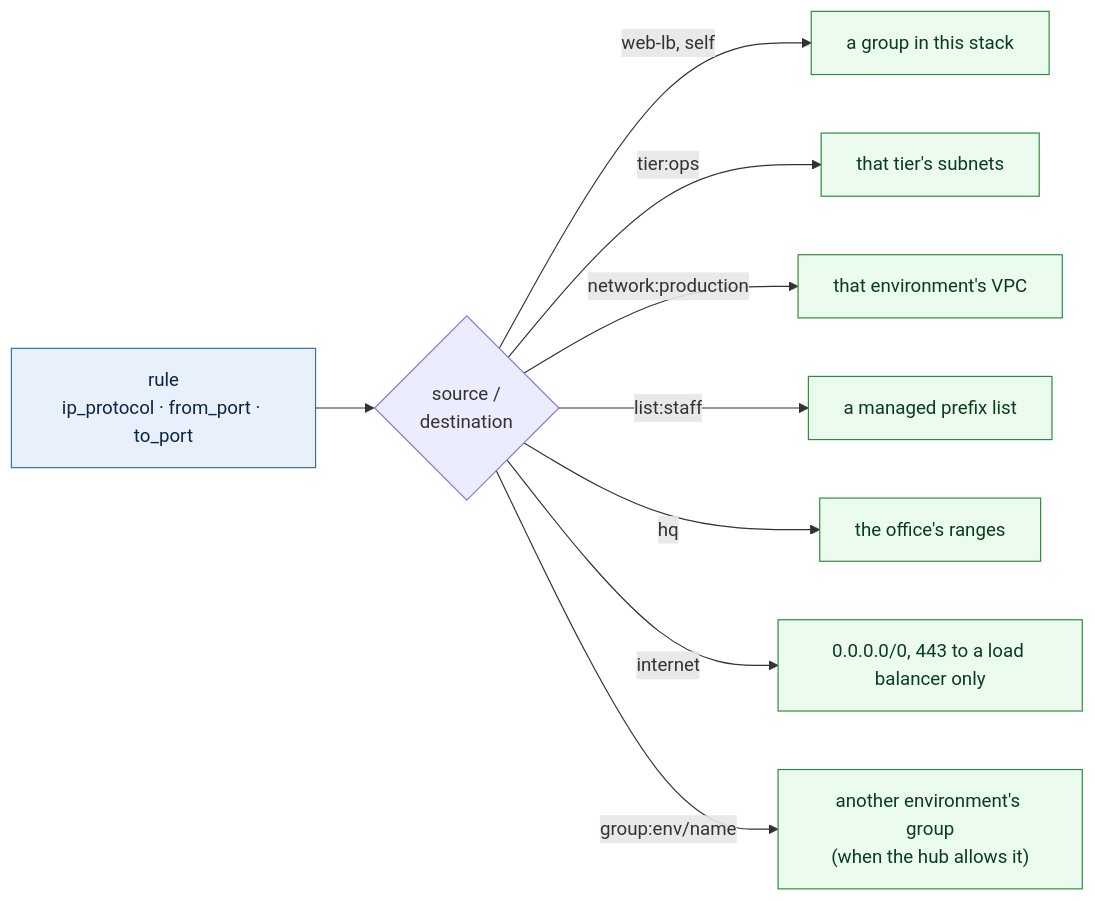
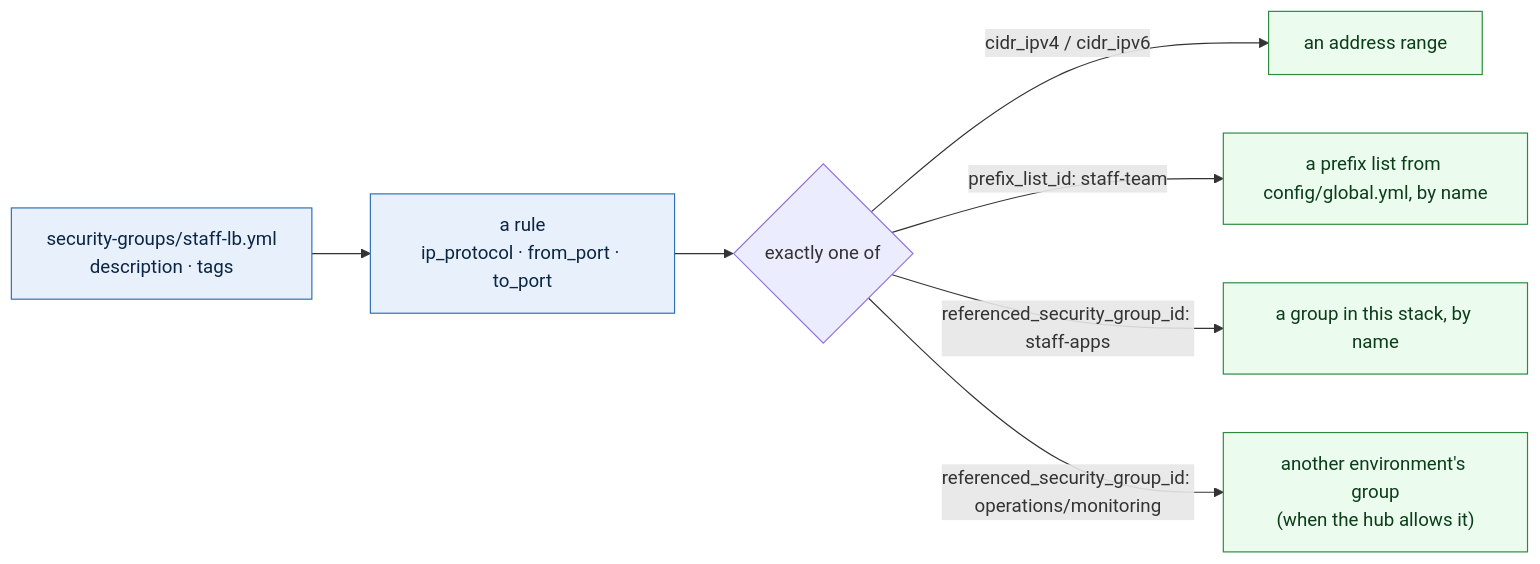
The diagram in docs/security-groups.md (justin-samuel12/terraform-aws-scaffold), drawn with Mermaid before and after one commit. The commit also changed other lines of this file and 978 other files, not shown here.

````diff
--- a/docs/security-groups.md
+++ b/docs/security-groups.md
@@ -7,17 +12,15 @@
 ```mermaid
 flowchart LR
-  rule["rule<br/>ip_protocol · from_port · to_port"]
-  rule --> src{"source /<br/>destination"}
-  src -->|"web-lb, self"| grp["a group in this stack"]
-  src -->|"tier:ops"| tier["that tier's subnets"]
-  src -->|"network:production"| net["that environment's VPC"]
-  src -->|"list:staff"| pl["a managed prefix list"]
-  src -->|"hq"| hq["the office's ranges"]
-  src -->|"internet"| inet["0.0.0.0/0, 443 to a load balancer only"]
-  src -->|"group:env/name"| remote["another environment's group<br/>(when the hub allows it)"]
+  file["security-groups/staff-lb.yml<br/>description · tags"]
+  file --> rule["a rule<br/>ip_protocol · from_port · to_port"]
+  rule --> peer{"exactly one of"}
+  peer -->|"cidr_ipv4 / cidr_ipv6"| cidr["an address range"]
+  peer -->|"prefix_list_id: staff-team"| pl["a prefix list from config/global.yml, by name"]
+  peer -->|"referenced_security_group_id: staff-apps"| grp["a group in this stack, by name"]
+  peer -->|"referenced_security_group_id: operations/monitoring"| remote["another environment's group<br/>(when the hub allows it)"]
 
   classDef r fill:#e8f1fb,stroke:#2f6fb3,color:#0b2545
   classDef s fill:#ebfbee,stroke:#2b8a3e,color:#0b3d1a
-  class rule r
-  class grp,tier,net,pl,hq,inet,remote s
+  class file,rule r
+  class cidr,pl,grp,remote s
 ```
````
